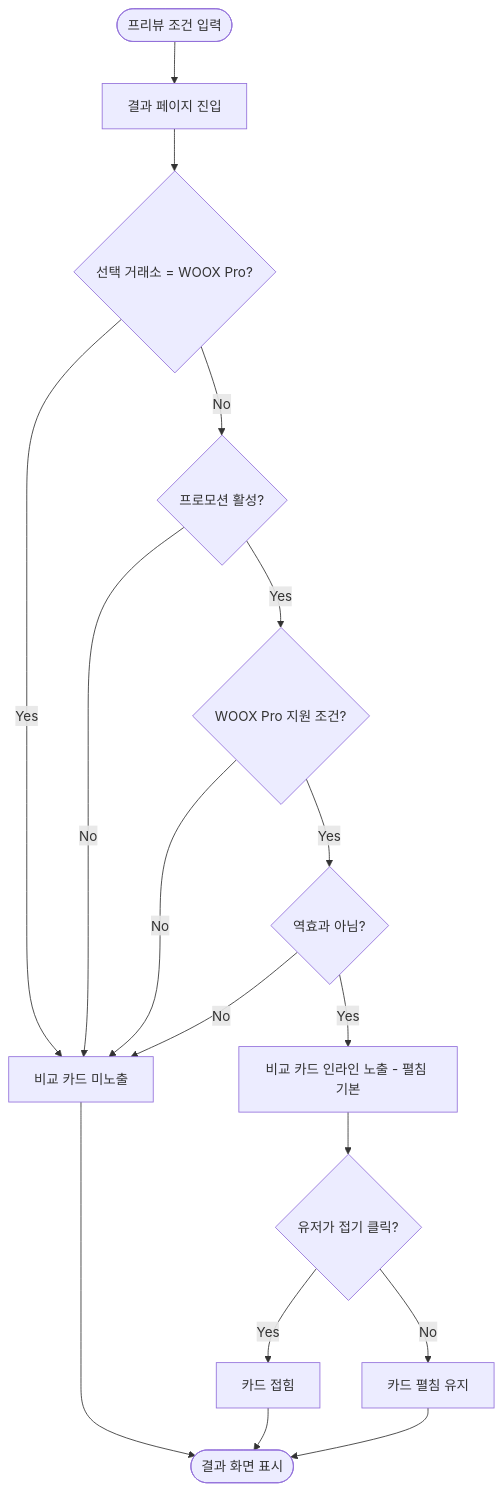
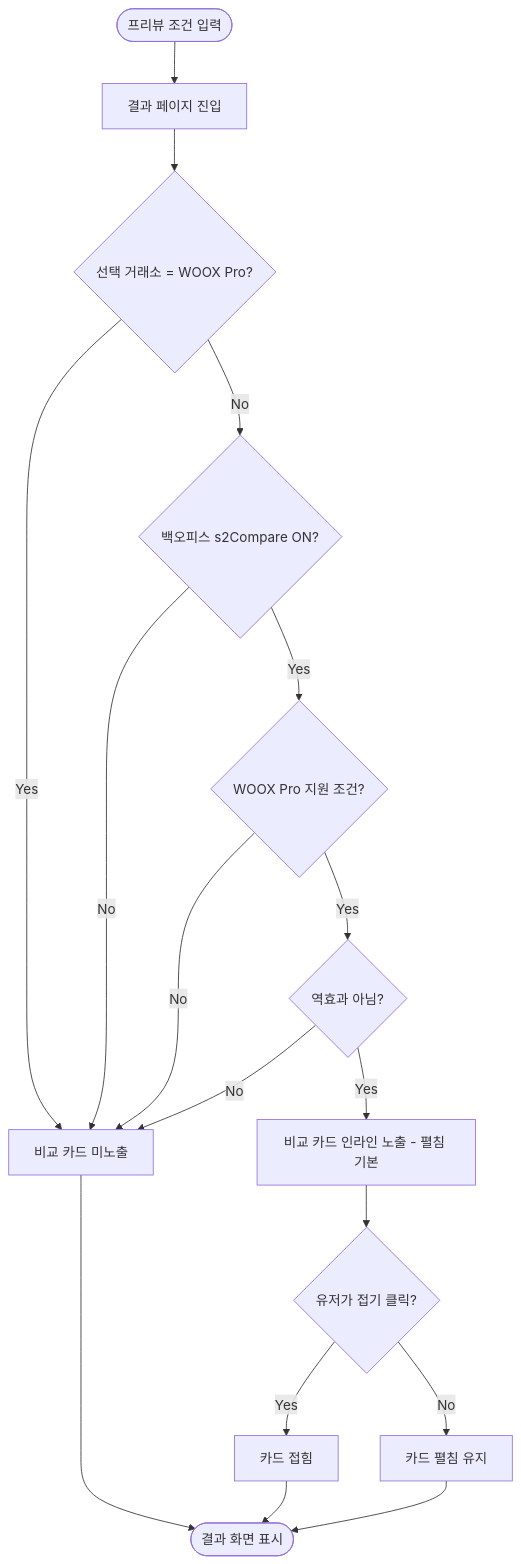
One commit to matthewforwork1213-collab/WOOX_Pro_sub_event changed the third of 4 diagrams in 02.기획문서/정보구조도.md. Above: the diagram before and after it, drawn with Mermaid. The commit also changed other lines of this file and 2 other files, not shown here.

First line of the commit message:
docs+tool: 다이어그램 렌더러(Mermaid→SVG) 추가 + 정보구조도 게이트 노드 신정책 정렬

````diff
--- a/02.기획문서/정보구조도.md
+++ b/02.기획문서/정보구조도.md
@@ -76,21 +76,21 @@
 ```mermaid
 flowchart TD
     Start([프리뷰 조건 입력]) --> Result[결과 페이지 진입]
     Result --> CheckExchange{선택 거래소 = WOOX Pro?}
     CheckExchange -->|Yes| NoCard[비교 카드 미노출]
-    CheckExchange -->|No| CheckPromo{프로모션 활성?}
+    CheckExchange -->|No| CheckPromo{백오피스 s2Compare ON?}
     CheckPromo -->|No| NoCard
     CheckPromo -->|Yes| CheckSupport{WOOX Pro 지원 조건?}
     CheckSupport -->|No| NoCard
     CheckSupport -->|Yes| CheckReverse{역효과 아님?}
     CheckReverse -->|No| NoCard
     CheckReverse -->|Yes| ShowCard[비교 카드 인라인 노출 - 펼침 기본]
 
     ShowCard --> ToggleCheck{유저가 접기 클릭?}
     ToggleCheck -->|Yes| Collapsed[카드 접힘]
     ToggleCheck -->|No| Expanded[카드 펼침 유지]
 
     NoCard --> End([결과 화면 표시])
     Collapsed --> End
     Expanded --> End
 ```
````
